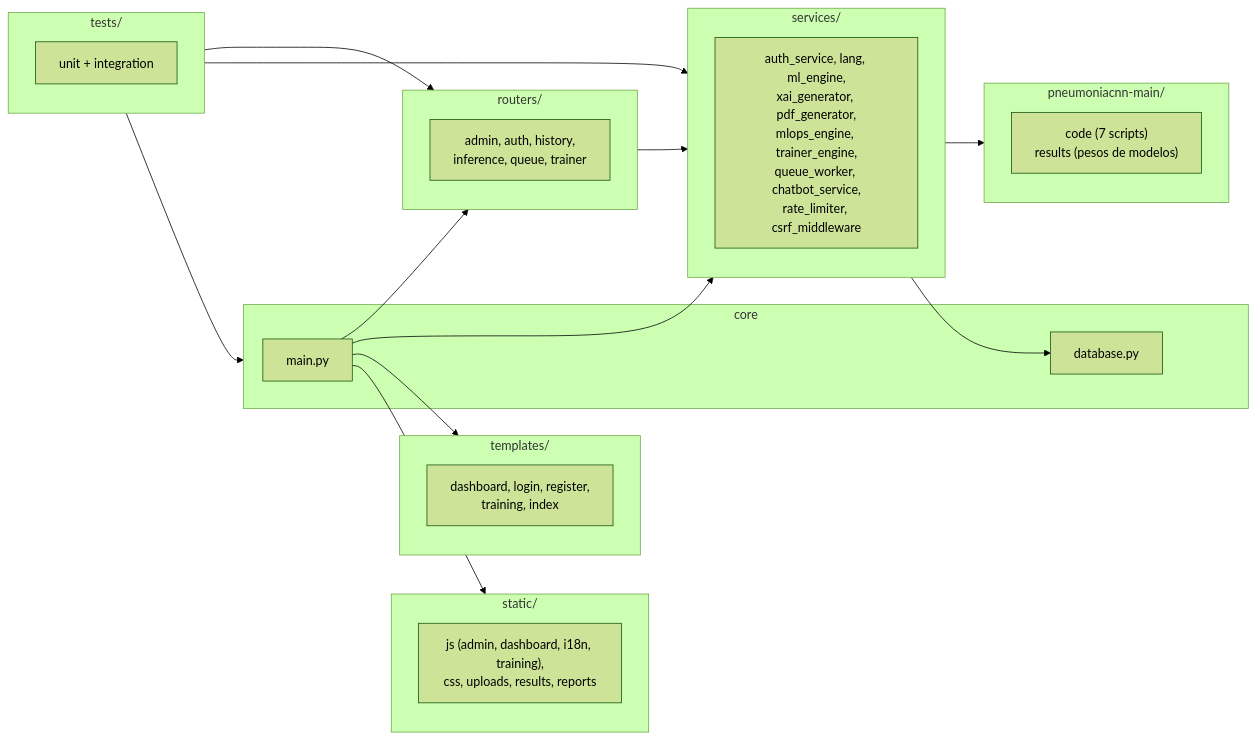
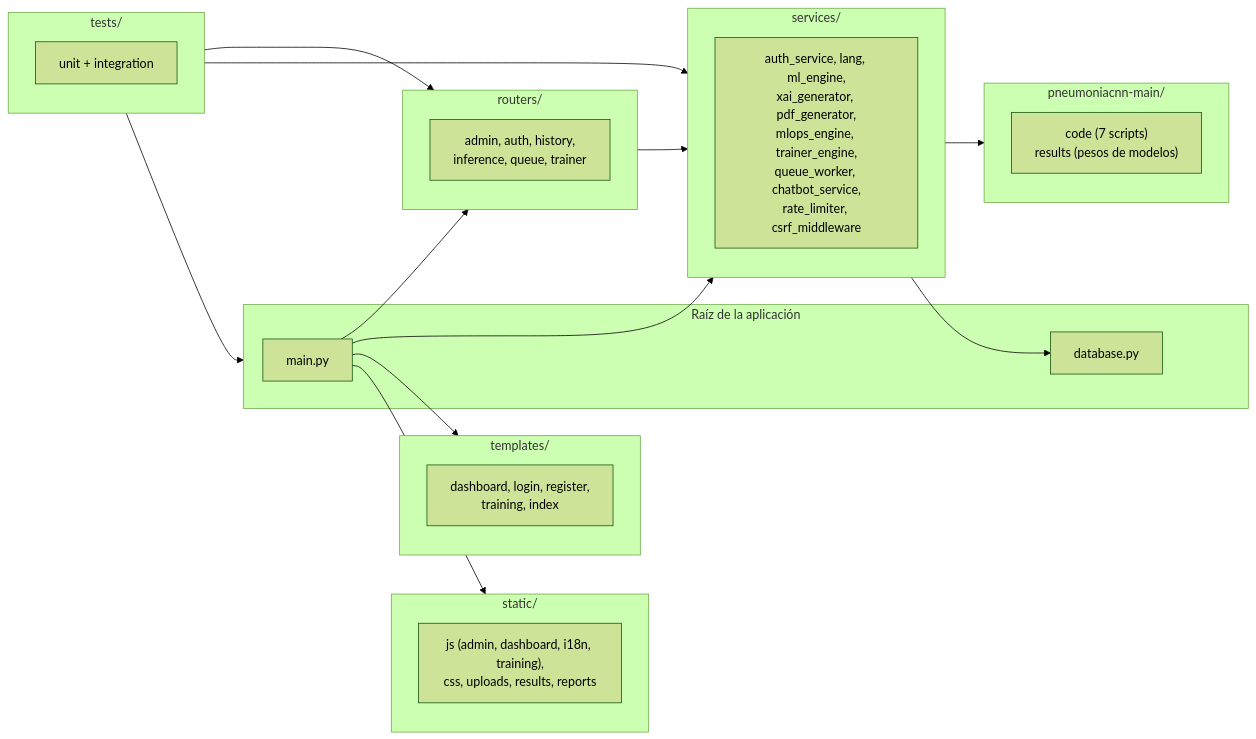
Before and after one commit to eLeCe2611/vitalXAI: the second of 3 diagrams in Documentacion/Capitulo23_Especificacion_de_la_Construccion_del_Sistema.md, drawn with Mermaid (forest theme). The commit also changed other lines of this file and 42 other files, not shown here.

````diff
--- a/Documentacion/Capitulo23_Especificacion_de_la_Construccion_del_Sistema.md
+++ b/Documentacion/Capitulo23_Especificacion_de_la_Construccion_del_Sistema.md
@@ -74,35 +74,35 @@
 ```mermaid
 flowchart LR
     subgraph R["routers/"]
         A["admin, auth, history,<br/>inference, queue, trainer"]
     end
     subgraph S["services/"]
         SV["auth_service, lang, ml_engine,<br/>xai_generator, pdf_generator,<br/>mlops_engine, trainer_engine,<br/>queue_worker, chatbot_service,<br/>rate_limiter, csrf_middleware"]
     end
-    subgraph C["core"]
+    subgraph C["Raíz de la aplicación"]
         M["main.py"]
         DB["database.py"]
     end
     subgraph T["templates/"]
         TM["dashboard, login, register,<br/>training, index"]
     end
     subgraph ST["static/"]
         JS["js (admin, dashboard, i18n, training),<br/>css, uploads, results, reports"]
     end
     subgraph P["pneumoniacnn-main/"]
         SC["code (7 scripts)<br/>results (pesos de modelos)"]
     end
     subgraph TS["tests/"]
         U["unit + integration"]
     end
     M --> R
     M --> S
     M --> T
     M --> ST
     R --> S
     S --> DB
     S --> P
     TS --> R
     TS --> S
     TS --> C
 ```
````
